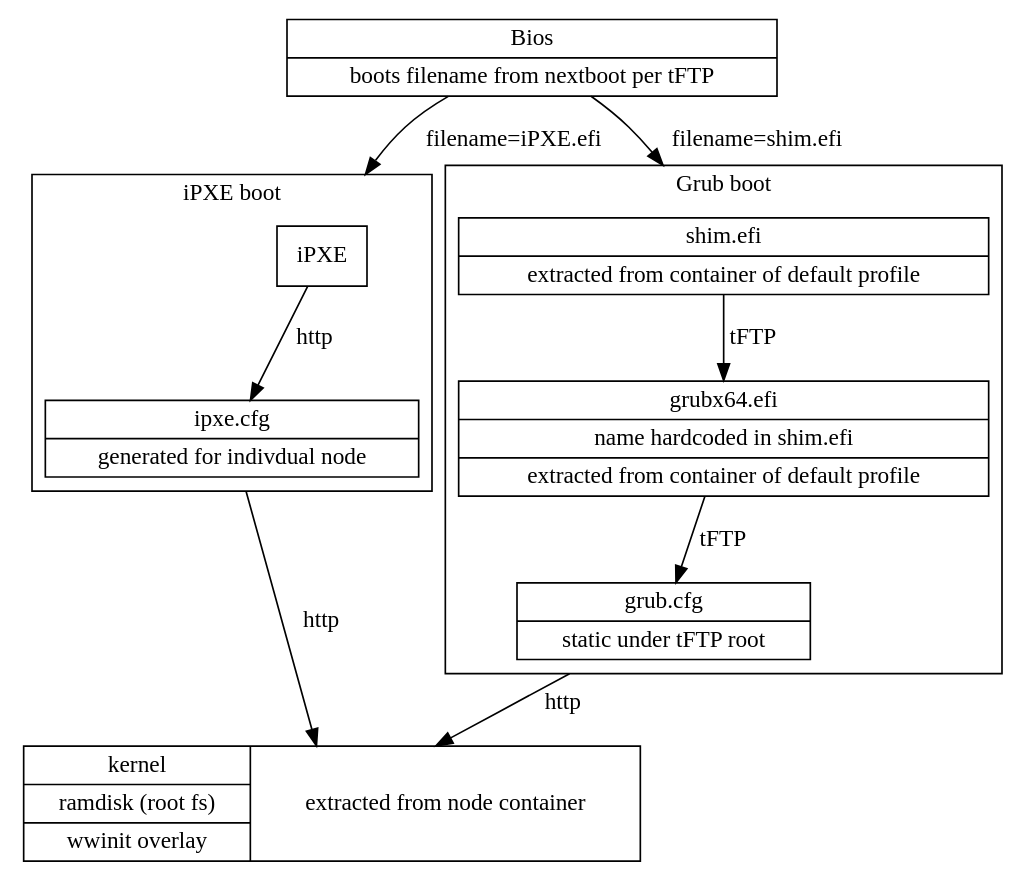
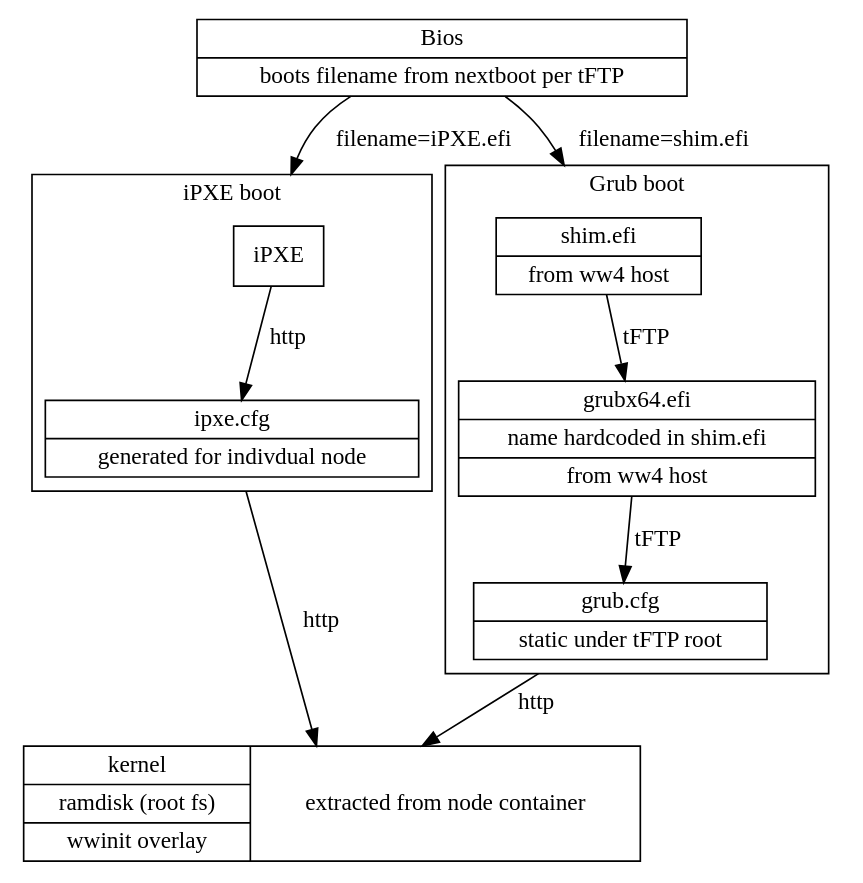
The second of 3 diagrams in userdocs/contents/grub.rst (warewulf/warewulf), drawn with Graphviz before and after one commit. The commit also changed other lines of this file and 17 other files, not shown here.

First line of the commit message:
use grub/shim from host system

```diff
--- a/userdocs/contents/grub.rst
+++ b/userdocs/contents/grub.rst
@@ -54,27 +50,27 @@
 .. graphviz::
 
   digraph G{
       node [shape=box];
       compound=true;
       edge [label2node=true]
       bios [shape=record label="{Bios | boots filename from nextboot per tFTP}"]
       subgraph cluster0 {
        label="iPXE boot"
        iPXE;
        ipxe_cfg [shape=record label="{ipxe.cfg|generated for indivdual node}"];
        iPXE -> ipxe_cfg [label="http"];
       }
       bios->iPXE [lhead=cluster0,label="filename=iPXE.efi"];
       bios->shim [lhead=cluster1,label="filename=shim.efi"];
       subgraph cluster1{
         label="Grub boot"
-        shim[shape=record label="{shim.efi|extracted from container of default profile}"];
-        grub[shape=record label="{grubx64.efi | name hardcoded in shim.efi|extracted from container of default profile}"]
+        shim[shape=record label="{shim.efi|from ww4 host}"];
+        grub[shape=record label="{grubx64.efi | name hardcoded in shim.efi|from ww4 host}"]
         shim->grub[label="tFTP"];
         grubcfg[shape=record label="{grub.cfg|static under tFTP root}"];
         grub->grubcfg[label="tFTP"];
       }
       kernel [shape=record label="{kernel|ramdisk (root fs)|wwinit overlay}|extracted from node container"];
       grubcfg->kernel[ltail=cluster1,label="http"];
       ipxe_cfg->kernel[ltail=cluster0,label="http"];
   }
```
